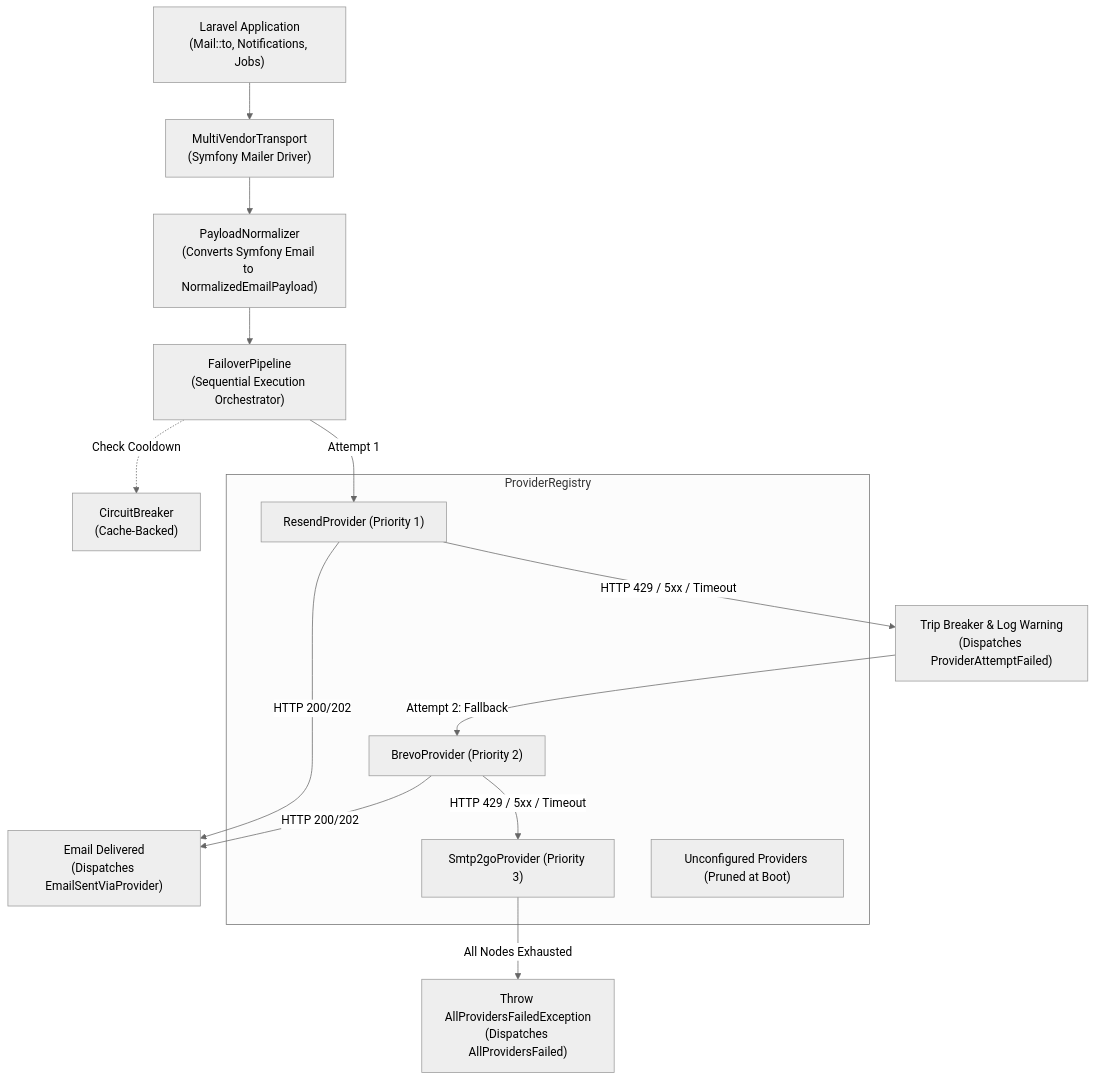
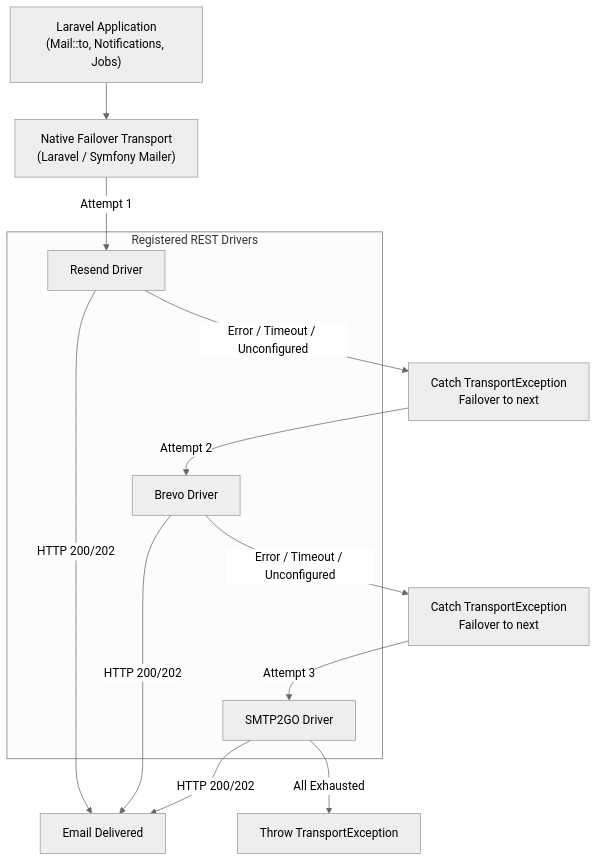
Before and after one commit to eudeka/laravel-mailer: the diagram in README.md, drawn with Mermaid (neutral theme). The commit also changed other lines of this file and 26 other files, not shown here.

Commit message:
refactor: simplify to zero-config native mail drivers with Laravel failover

````diff
--- a/README.md
+++ b/README.md
@@ -45,25 +23,22 @@
 ```mermaid
 flowchart TD
-    App["Laravel Application<br/>(Mail::to, Notifications, Jobs)"] --> Transport["MultiVendorTransport<br/>(Symfony Mailer Driver)"]
-    Transport --> Normalizer["PayloadNormalizer<br/>(Converts Symfony Email to NormalizedEmailPayload)"]
-    Normalizer --> Pipeline["FailoverPipeline<br/>(Sequential Execution Orchestrator)"]
+    App["Laravel Application<br/>(Mail::to, Notifications, Jobs)"] --> Failover["Native Failover Transport<br/>(Laravel / Symfony Mailer)"]
     
-    subgraph Registry["ProviderRegistry"]
-        P1["ResendProvider (Priority 1)"]
-        P2["BrevoProvider (Priority 2)"]
-        P3["Smtp2goProvider (Priority 3)"]
-        Pruned["Unconfigured Providers (Pruned at Boot)"]
+    subgraph Drivers["Registered REST Drivers"]
+        P1["Resend Driver"]
+        P2["Brevo Driver"]
+        P3["SMTP2GO Driver"]
     end
 
-    Pipeline -.->|Check Cooldown| CB["CircuitBreaker<br/>(Cache-Backed)"]
-    Pipeline -->|Attempt 1| P1
+    Failover -->|Attempt 1| P1
+    P1 -->|HTTP 200/202| Sent["Email Delivered"]
+    P1 -->|Error / Timeout / Unconfigured| Fallback1["Catch TransportException<br/>Failover to next"]
     
-    P1 -->|HTTP 200/202| Sent["Email Delivered<br/>(Dispatches EmailSentViaProvider)"]
-    P1 -->|HTTP 429 / 5xx / Timeout| Trip["Trip Breaker & Log Warning<br/>(Dispatches ProviderAttemptFailed)"]
+    Fallback1 -->|Attempt 2| P2
+    P2 -->|HTTP 200/202| Sent
+    P2 -->|Error / Timeout / Unconfigured| Fallback2["Catch TransportException<br/>Failover to next"]
     
-    Trip -->|Attempt 2: Fallback| P2
-    P2 -->|HTTP 200/202| Sent
-    P2 -->|HTTP 429 / 5xx / Timeout| P3
-    
-    P3 -->|All Nodes Exhausted| ThrowError["Throw AllProvidersFailedException<br/>(Dispatches AllProvidersFailed)"]
+    Fallback2 -->|Attempt 3| P3
+    P3 -->|HTTP 200/202| Sent
+    P3 -->|All Exhausted| Fail["Throw TransportException"]
 ```
````
